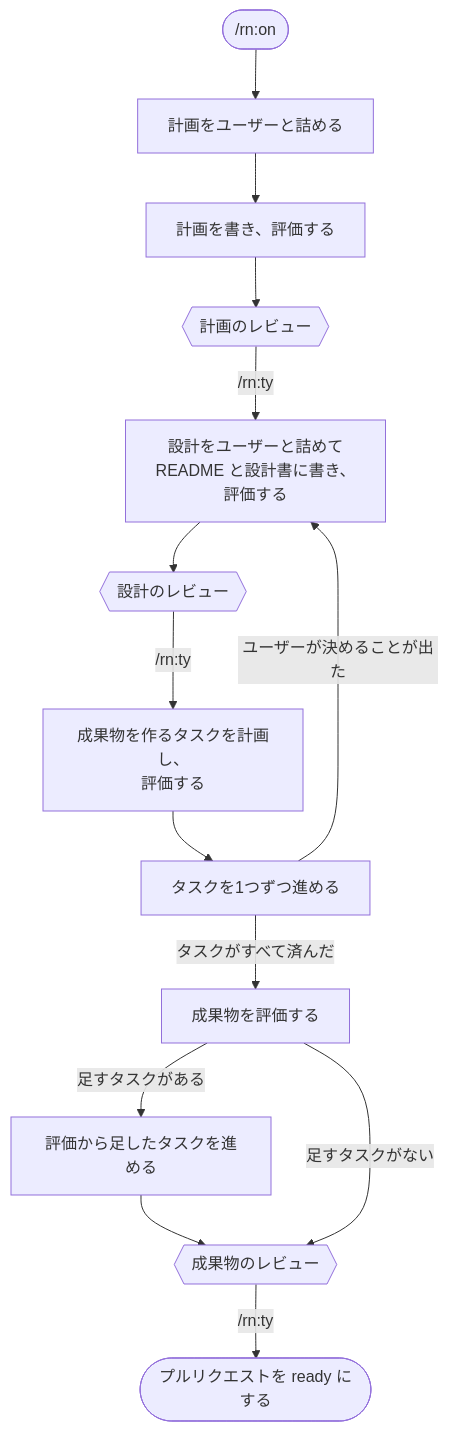
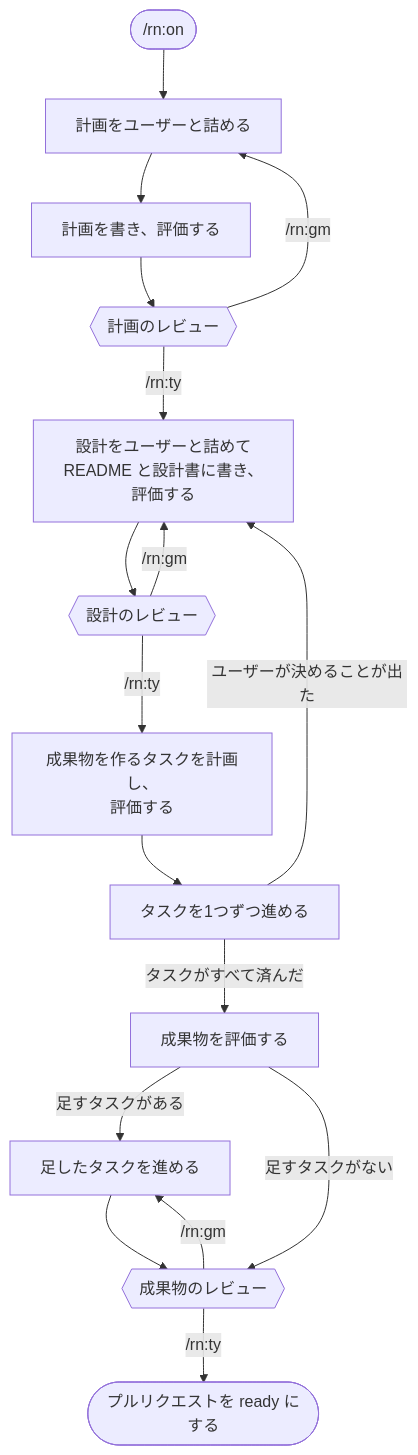
The fourth of 5 diagrams in rn/docs/design.md (lovaizu/ccpm), drawn with Mermaid before and after one commit. The commit also changed other lines of this file and 1 other file, not shown here.

Commit message:
docs(rn): feedback at a review goes back to the step before it — the plan and design are worked out again with you, the deliverable gets added tasks
Fixing only the words of the feedback leaves the misunderstanding behind it.

````diff
--- a/rn/docs/design.md
+++ b/rn/docs/design.md
@@ -95,26 +95,29 @@
 ```mermaid
 flowchart TD
     ON(["/rn:on"])
     W["計画をユーザーと詰める"]
     P["計画を書き、評価する"]
     PS{{"計画のレビュー"}}
     D["設計をユーザーと詰めて<br/>README と設計書に書き、評価する"]
     DS{{"設計のレビュー"}}
     P2["成果物を作るタスクを計画し、<br/>評価する"]
     T["タスクを1つずつ進める"]
     EV["成果物を評価する"]
-    T2["評価から足したタスクを進める"]
+    T2["足したタスクを進める"]
     FS{{"成果物のレビュー"}}
     END(["プルリクエストを ready にする"])
     ON --> W --> P --> PS
+    PS -->|"/rn:gm"| W
     PS -->|"/rn:ty"| D
     D --> DS
+    DS -->|"/rn:gm"| D
     DS -->|"/rn:ty"| P2
     P2 --> T
     T -->|"ユーザーが決めることが出た"| D
     T -->|"タスクがすべて済んだ"| EV
     EV -->|"足すタスクがある"| T2
     T2 --> FS
     EV -->|"足すタスクがない"| FS
+    FS -->|"/rn:gm"| T2
     FS -->|"/rn:ty"| END
 ```
````
